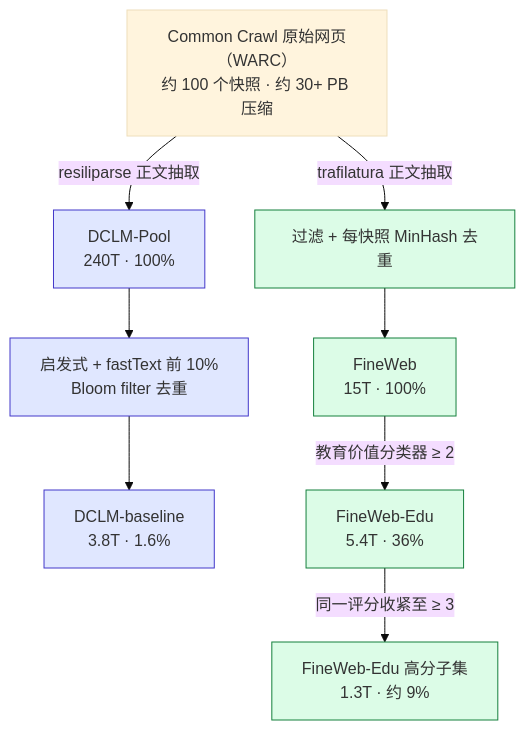
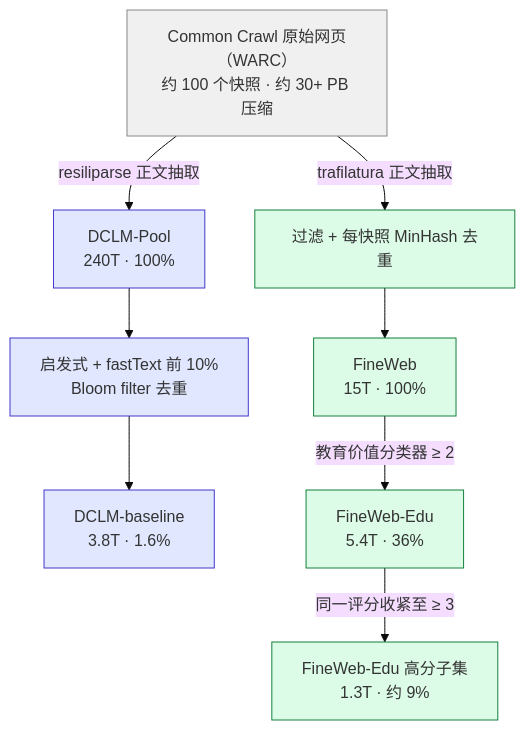
Before and after one commit to arganzheng/arganzheng.github.com: the first of 2 diagrams in _posts/2026-04-12-pretraining-data-pipeline-dedup-filtering-and-mixture.md, drawn with Mermaid (base theme). The commit also changed other lines of this file and 5 other files, not shown here.

First line of the commit message:
预训练数据管线：论文双联图拆成单图，Mermaid 未分类节点改中性灰

````diff
--- a/_posts/2026-04-12-pretraining-data-pipeline-dedup-filtering-and-mixture.md
+++ b/_posts/2026-04-12-pretraining-data-pipeline-dedup-filtering-and-mixture.md
@@ -25,17 +25,19 @@
 ```mermaid
 %% 图：Common Crawl 到 DCLM / FineWeb 的两条分支与量级
 flowchart TB
     CC["Common Crawl 原始网页（WARC）<br/>约 100 个快照 · 约 30+ PB 压缩"]
     CC -->|resiliparse 正文抽取| DP["DCLM-Pool<br/>240T · 100%"]
     CC -->|trafilatura 正文抽取| FH["过滤 + 每快照 MinHash 去重"]
     DP --> DF["启发式 + fastText 前 10%<br/>Bloom filter 去重"]
     DF --> DB["DCLM-baseline<br/>3.8T · 1.6%"]
     FH --> FW["FineWeb<br/>15T · 100%"]
     FW -->|教育价值分类器 ≥ 2| E2["FineWeb-Edu<br/>5.4T · 36%"]
     E2 -->|同一评分收紧至 ≥ 3| E3["FineWeb-Edu 高分子集<br/>1.3T · 约 9%"]
 
+    classDef base fill:#f0f0f0,stroke:#888;
     classDef dclm fill:#e0e7ff,stroke:#4338ca;
     classDef fineweb fill:#dcfce7,stroke:#15803d;
+    class CC base;
     class DP,DF,DB dclm;
     class FH,FW,E2,E3 fineweb;
 ```
````
